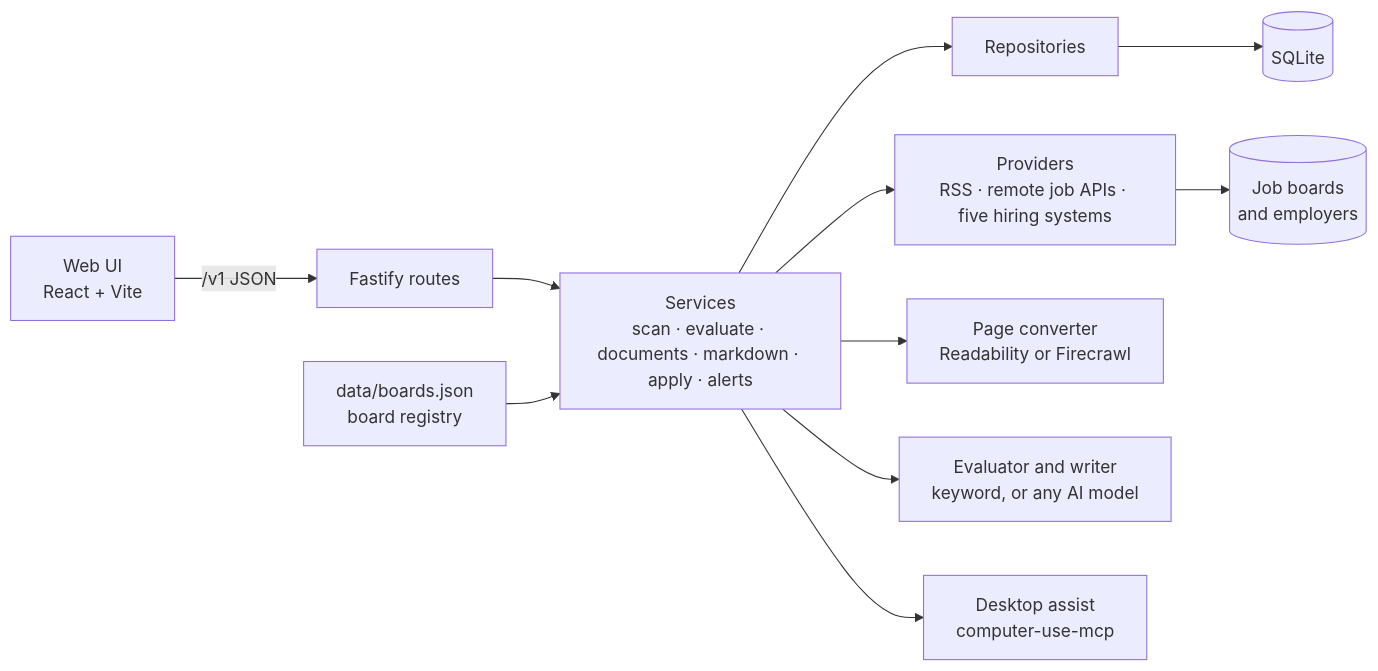
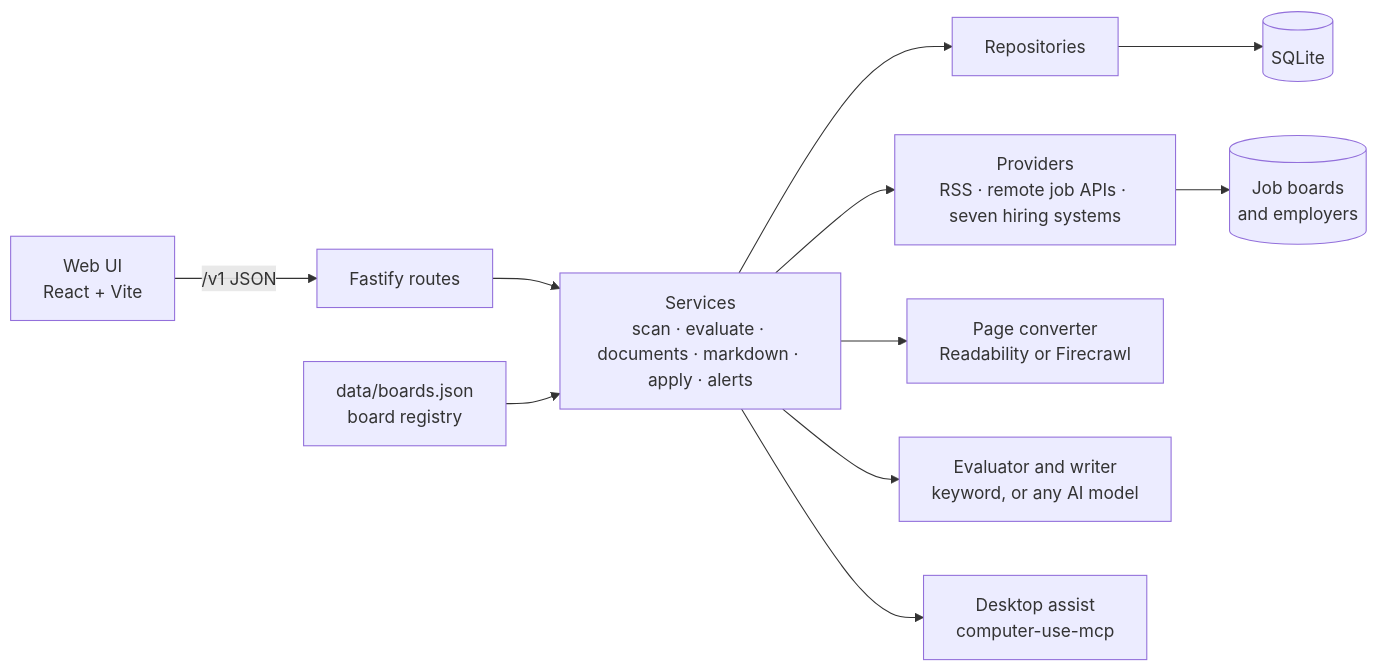
One commit to swiftkimani/kaziscout changed the diagram in README.md. Above: the diagram before and after it, drawn with Mermaid. The commit also changed other lines of this file and 3 other files, not shown here.

````diff
--- a/README.md
+++ b/README.md
@@ -39,11 +40,11 @@
 ```mermaid
 flowchart LR
   UI[Web UI<br/>React + Vite] -->|/v1 JSON| API[Fastify routes]
   API --> S[Services<br/>scan · evaluate · documents · markdown · apply · alerts]
   S --> R[Repositories] --> DB[(SQLite)]
-  S --> P[Providers<br/>RSS · remote job APIs · five hiring systems] --> Boards[(Job boards<br/>and employers)]
+  S --> P[Providers<br/>RSS · remote job APIs · seven hiring systems] --> Boards[(Job boards<br/>and employers)]
   S --> C[Page converter<br/>Readability or Firecrawl]
   S --> E[Evaluator and writer<br/>keyword, or any AI model]
   S --> D[Desktop assist<br/>computer-use-mcp]
   Reg[data/boards.json<br/>board registry] --> S
 ```
````
